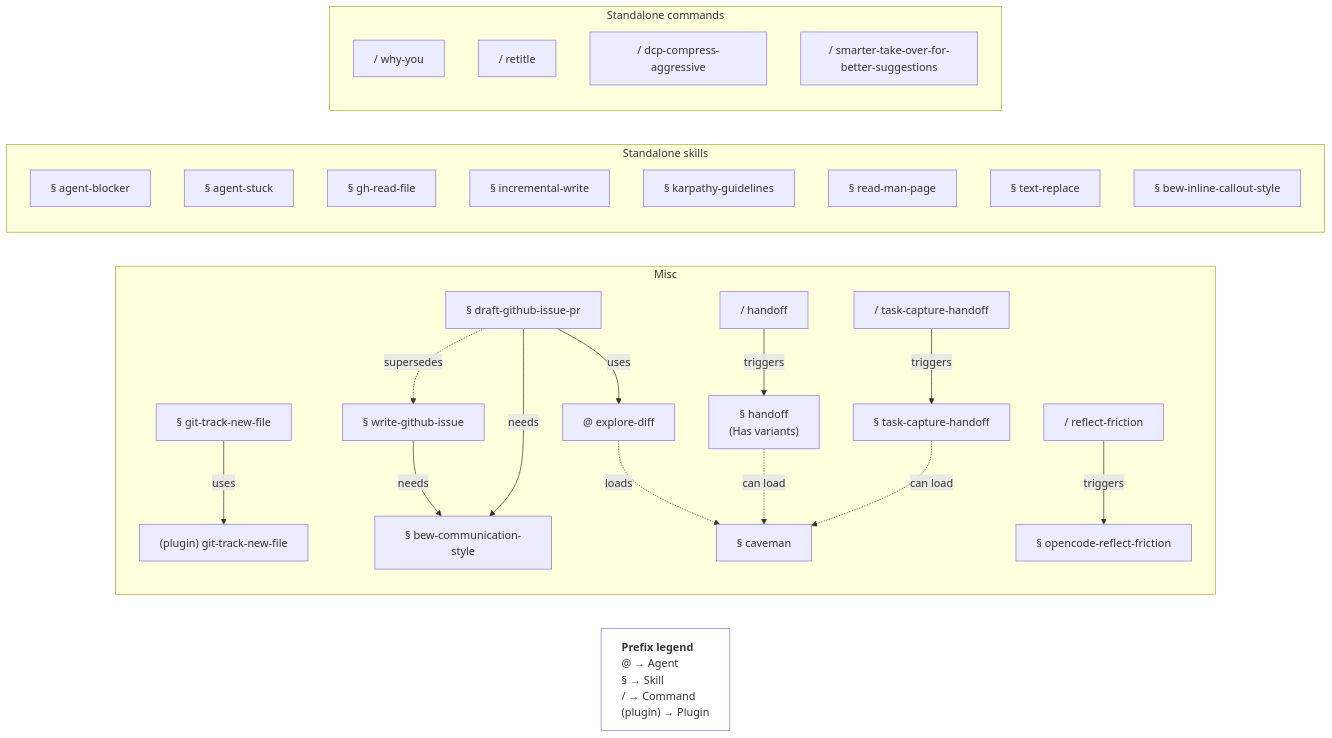
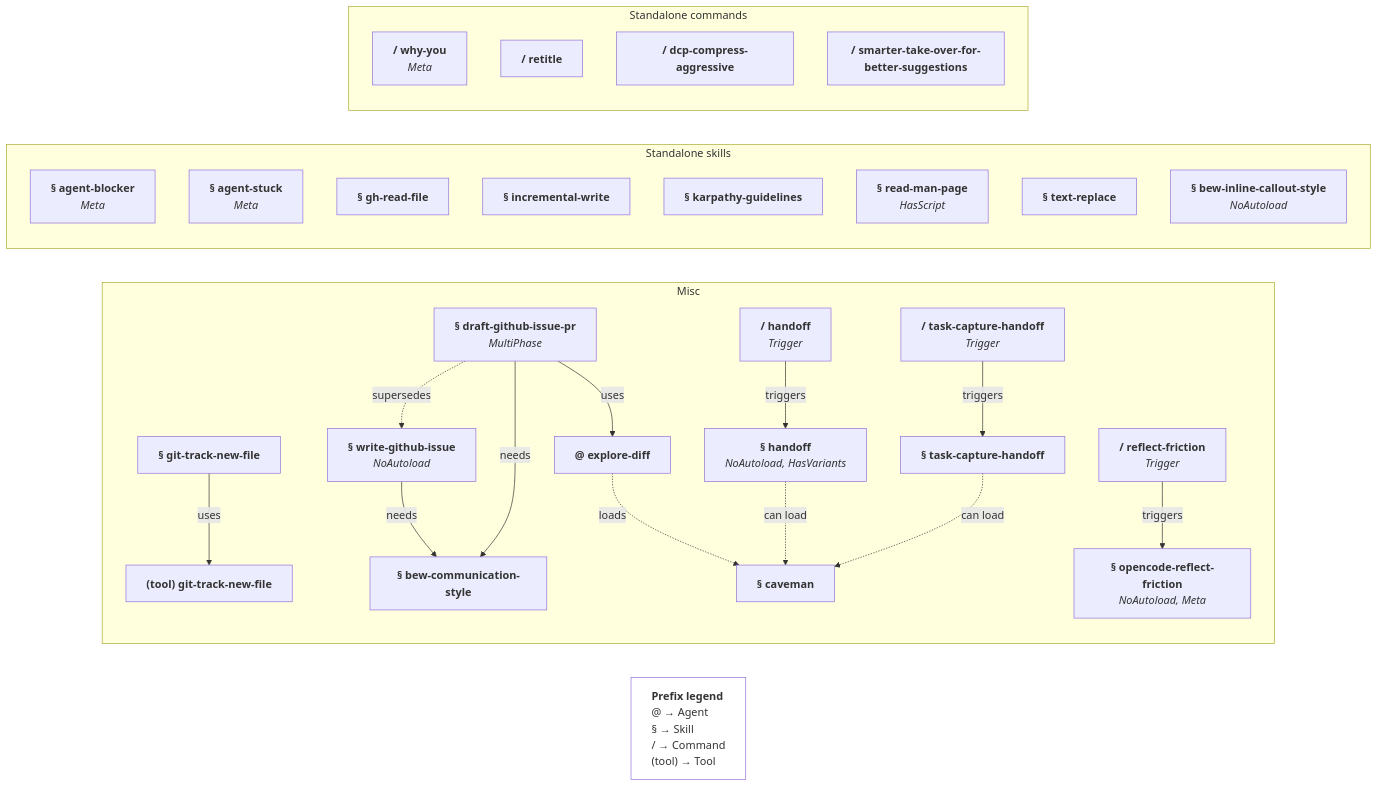
Before and after one commit to bew/dotfiles: the second of 2 diagrams in opencode/MY_AI_STUFF.md, drawn with Mermaid. The commit also changed other lines of this file and 1 other file, not shown here.

````diff
--- a/opencode/MY_AI_STUFF.md
+++ b/opencode/MY_AI_STUFF.md
@@ -106,51 +116,51 @@
 ```mermaid
 flowchart LR
   %% explore-diff is duplicated from the complex graph; it is not part of any group.
-  ag_explore_diff["@ explore-diff"]
-  legend["<b>Prefix legend</b><br/>@ → Agent<br/>§ → Skill<br/>/ → Command<br/>(plugin) → Plugin"]
+  ag_explore_diff["<b>@ explore-diff</b>"]
+  legend["<b>Prefix legend</b><br/>@ → Agent<br/>§ → Skill<br/>/ → Command<br/>(tool) → Tool"]
   style legend text-align:left,fill:none
 
   subgraph misc[Misc]
-    sk_handoff["§ handoff<br/>(Has variants)"]
-    sk_task_capture["§ task-capture-handoff"]
-    sk_git_track_skill["§ git-track-new-file"]
-    plug_git_track["(plugin) git-track-new-file"]
-    sk_github_issue["§ write-github-issue"]
-    sk_draft_gh["§ draft-github-issue-pr"]
-    sk_bew_comm_style["§ bew-communication-style"]
-    sk_cav["§ caveman"]
-    sk_reflect_frict["§ opencode-reflect-friction"]
-    cmd_handoff["/ handoff"]
-    cmd_friction["/ reflect-friction"]
-    cmd_task_capture["/ task-capture-handoff"]
-    sk_git_track_skill -->|uses| plug_git_track
+    sk_handoff["<b>§ handoff</b><br/><i>NoAutoload, HasVariants</i>"]
+    sk_task_capture["<b>§ task-capture-handoff</b>"]
+    sk_git_track_skill["<b>§ git-track-new-file</b>"]
+    tool_git_track["<b>(tool) git-track-new-file</b>"]
+    sk_github_issue["<b>§ write-github-issue</b><br/><i>NoAutoload</i>"]
+    sk_draft_gh["<b>§ draft-github-issue-pr</b><br/><i>MultiPhase</i>"]
+    sk_bew_comm_style["<b>§ bew-communication-style</b>"]
+    sk_cav["<b>§ caveman</b>"]
+    sk_reflect_frict["<b>§ opencode-reflect-friction</b><br/><i>NoAutoload, Meta</i>"]
+    cmd_handoff["<b>/ handoff</b><br/><i>Trigger</i>"]
+    cmd_friction["<b>/ reflect-friction</b><br/><i>Trigger</i>"]
+    cmd_task_capture["<b>/ task-capture-handoff</b><br/><i>Trigger</i>"]
+    sk_git_track_skill -->|uses| tool_git_track
     sk_github_issue -->|needs| sk_bew_comm_style
     sk_draft_gh -->|needs| sk_bew_comm_style
     sk_draft_gh -->|uses| ag_explore_diff
     sk_draft_gh -. supersedes .-> sk_github_issue
     ag_explore_diff -. loads .-> sk_cav
     sk_handoff -. can load .-> sk_cav
     sk_task_capture -. can load .-> sk_cav
     cmd_handoff -->|triggers| sk_handoff
     cmd_friction -->|triggers| sk_reflect_frict
     cmd_task_capture -->|triggers| sk_task_capture
   end
 
   subgraph otherskills[Standalone skills]
-    sk_agent_blocker["§ agent-blocker"]
-    sk_agent_stuck["§ agent-stuck"]
-    sk_gh_read_file["§ gh-read-file"]
-    sk_incremental_write["§ incremental-write"]
-    sk_karpathy["§ karpathy-guidelines"]
-    sk_read_man_page["§ read-man-page"]
-    sk_text_replace["§ text-replace"]
-    sk_bew_callout["§ bew-inline-callout-style"]
+    sk_agent_blocker["<b>§ agent-blocker</b><br/><i>Meta</i>"]
+    sk_agent_stuck["<b>§ agent-stuck</b><br/><i>Meta</i>"]
+    sk_gh_read_file["<b>§ gh-read-file</b>"]
+    sk_incremental_write["<b>§ incremental-write</b>"]
+    sk_karpathy["<b>§ karpathy-guidelines</b>"]
+    sk_read_man_page["<b>§ read-man-page</b><br/><i>HasScript</i>"]
+    sk_text_replace["<b>§ text-replace</b>"]
+    sk_bew_callout["<b>§ bew-inline-callout-style</b><br/><i>NoAutoload</i>"]
   end
 
   subgraph othercmds[Standalone commands]
-    cmd_why_you["/ why-you"]
-    cmd_retitle["/ retitle"]
-    cmd_dcp_aggressive["/ dcp-compress-aggressive"]
-    cmd_smarter_takeover["/ smarter-take-over-for-better-suggestions"]
+    cmd_why_you["<b>/ why-you</b><br/><i>Meta</i>"]
+    cmd_retitle["<b>/ retitle</b>"]
+    cmd_dcp_aggressive["<b>/ dcp-compress-aggressive</b>"]
+    cmd_smarter_takeover["<b>/ smarter-take-over-for-better-suggestions</b>"]
   end
 ```
````
